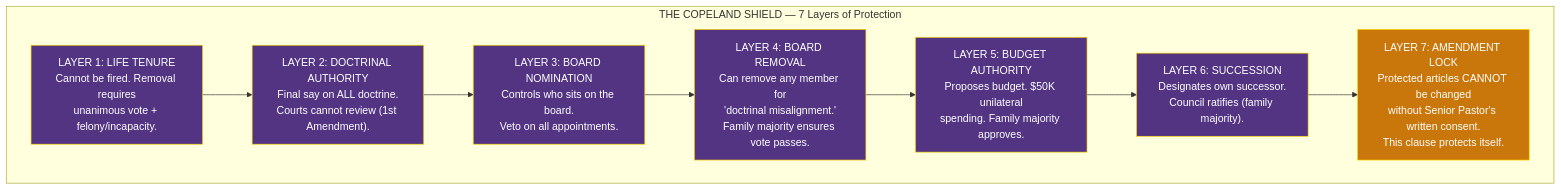
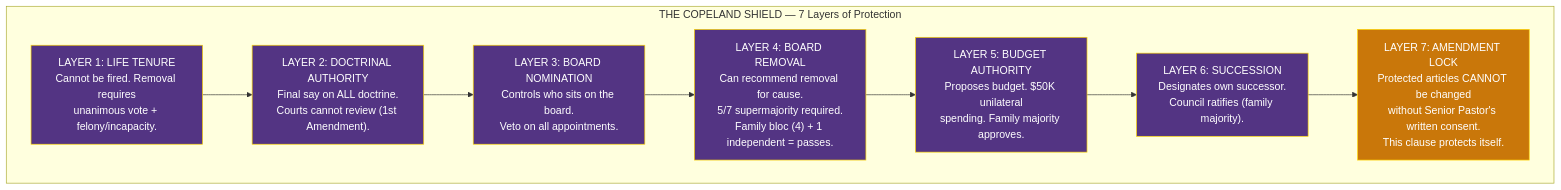
The fourth of 19 diagrams in docs/tax-structure/11-CHURCH-GOVERNANCE-STRUCTURE.md (Light-Brands/epic-center), drawn with Mermaid before and after one commit. The commit also changed other lines of this file, not shown here.

First line of the commit message:
Add co-founder protections, governance pause, 5/7 for-cause removal, relationship rules

````diff
--- a/docs/tax-structure/11-CHURCH-GOVERNANCE-STRUCTURE.md
+++ b/docs/tax-structure/11-CHURCH-GOVERNANCE-STRUCTURE.md
@@ -214,22 +309,22 @@
 ```mermaid
 graph TB
     subgraph "THE COPELAND SHIELD — 7 Layers of Protection"
         L1["LAYER 1: LIFE TENURE<br/>Cannot be fired. Removal requires<br/>unanimous vote + felony/incapacity."]
         L2["LAYER 2: DOCTRINAL AUTHORITY<br/>Final say on ALL doctrine.<br/>Courts cannot review (1st Amendment)."]
         L3["LAYER 3: BOARD NOMINATION<br/>Controls who sits on the board.<br/>Veto on all appointments."]
-        L4["LAYER 4: BOARD REMOVAL<br/>Can remove any member for<br/>'doctrinal misalignment.'<br/>Family majority ensures vote passes."]
+        L4["LAYER 4: BOARD REMOVAL<br/>Can recommend removal for cause.<br/>5/7 supermajority required.<br/>Family bloc (4) + 1 independent = passes."]
         L5["LAYER 5: BUDGET AUTHORITY<br/>Proposes budget. $50K unilateral<br/>spending. Family majority approves."]
         L6["LAYER 6: SUCCESSION<br/>Designates own successor.<br/>Council ratifies (family majority)."]
         L7["LAYER 7: AMENDMENT LOCK<br/>Protected articles CANNOT be changed<br/>without Senior Pastor's written consent.<br/>This clause protects itself."]
     end
 
     L1 --> L2 --> L3 --> L4 --> L5 --> L6 --> L7
 
     style L1 fill:#533483,stroke:#ffd700,color:#fff
     style L2 fill:#533483,stroke:#ffd700,color:#fff
     style L3 fill:#533483,stroke:#ffd700,color:#fff
     style L4 fill:#533483,stroke:#ffd700,color:#fff
     style L5 fill:#533483,stroke:#ffd700,color:#fff
     style L6 fill:#533483,stroke:#ffd700,color:#fff
     style L7 fill:#c9770a,stroke:#ffd700,color:#fff
 ```
````
